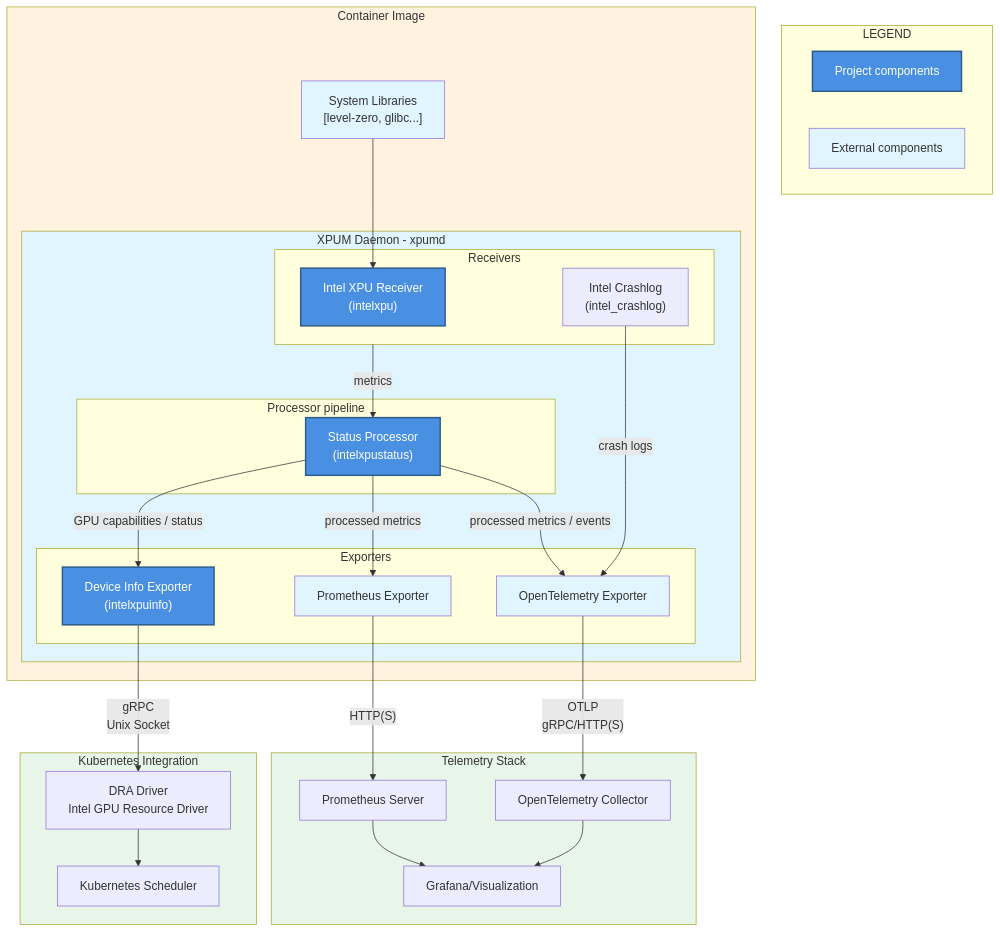
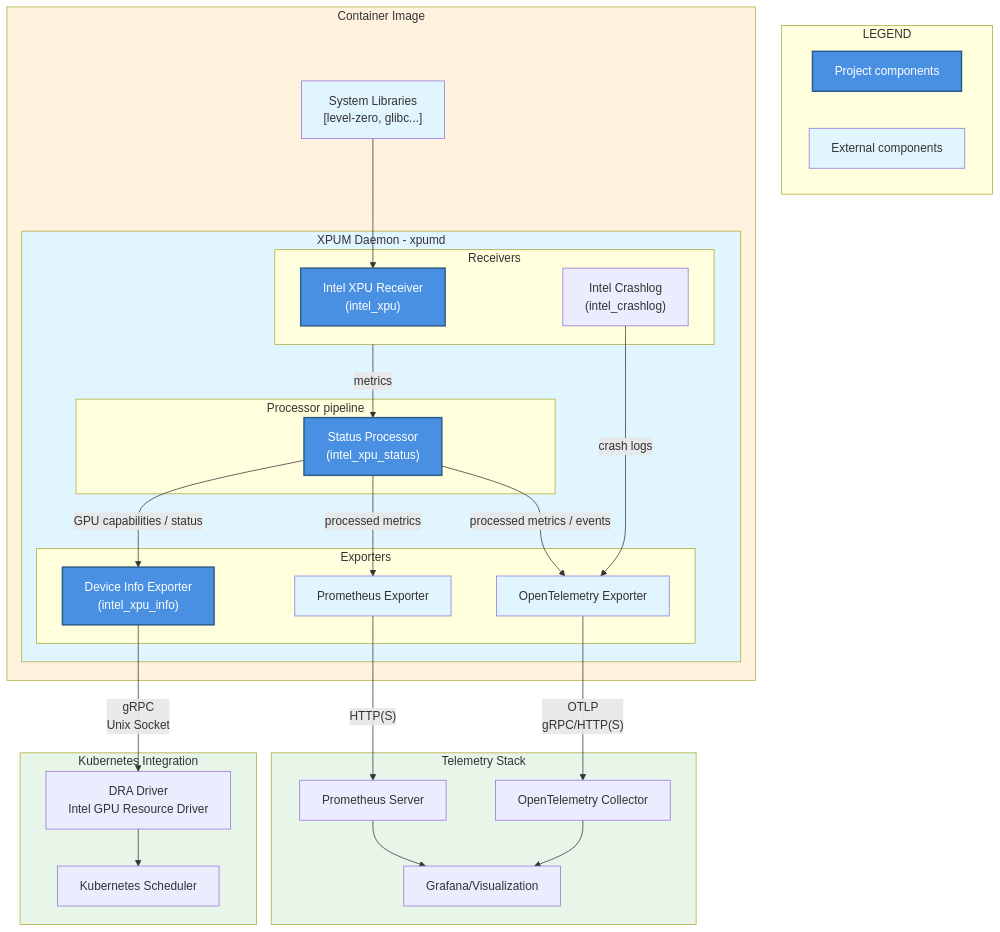
The diagram in xpumd/README.md (intel/xpumanager), drawn with Mermaid before and after one commit. The commit also changed other lines of this file and 24 other files, not shown here.

````diff
--- a/xpumd/README.md
+++ b/xpumd/README.md
@@ -29,72 +29,72 @@
 ```mermaid
 graph TB
     subgraph LEGEND
         LEGEND_PROJECT["Project components"]
         LEGEND_EXTERNAL["External components"]
     end
 
     subgraph CONT["Container Image"]
         SYSTEM_LIBRARIES["System Libraries<br/>[level-zero, glibc...]"]
 
         subgraph XPUMD["XPUM Daemon - xpumd"]
             subgraph RECV["Receivers"]
-                RECV_XPU["Intel XPU Receiver<br/>(intelxpu)"]
+                RECV_XPU["Intel XPU Receiver<br/>(intel_xpu)"]
                 RECV_LOG["Intel Crashlog<br/>(intel_crashlog)"]
             end
 
             subgraph PROC["Processor pipeline"]
-                PROC_XPU["Status Processor<br/>(intelxpustatus)"]
+                PROC_XPU["Status Processor<br/>(intel_xpu_status)"]
                 %% PROC_OTHERS["Standard Processors"] %%
             end
 
             RECV -->|metrics| PROC_XPU
             %% PROC_XPU --> PROC_OTHERS %%
 
             subgraph EXP["Exporters"]
-                EXP_INFO["Device Info Exporter<br/>(intelxpuinfo)"]
+                EXP_INFO["Device Info Exporter<br/>(intel_xpu_info)"]
                 EXP_PROM["Prometheus Exporter"]
                 EXP_OTEL["OpenTelemetry Exporter"]
             end
             %% change PROC_XPU => PROC_OTHERS if other processors added %%
             PROC_XPU -->|processed metrics| EXP_PROM
             PROC_XPU -->|GPU capabilities / status| EXP_INFO
             PROC_XPU -->|processed metrics / events| EXP_OTEL
             RECV_LOG -->|crash logs| EXP_OTEL
         end
     end
 
     subgraph TELEM["Telemetry Stack"]
         PROM["Prometheus Server"]
         OTEL_COL["OpenTelemetry Collector"]
         GRAFANA["Grafana/Visualization"]
     end
 
     subgraph K8S["Kubernetes Integration"]
         DRA["DRA Driver<br/>Intel GPU Resource Driver"]
         SCHEDULER["Kubernetes Scheduler"]
     end
 
     SYSTEM_LIBRARIES --> RECV_XPU
 
     EXP_PROM -->|"HTTP(S)"| PROM
     EXP_OTEL -->|"OTLP<br/>gRPC/HTTP(S)"| OTEL_COL
     PROM --> GRAFANA
     OTEL_COL --> GRAFANA
 
     EXP_INFO -->|"gRPC<br/>Unix Socket"| DRA
     DRA --> SCHEDULER
 
     style LEGEND_PROJECT fill:#4a90e2,stroke:#2e5c8a,stroke-width:2px,color:#fff
     style LEGEND_EXTERNAL fill:#e1f5ff
     style SYSTEM_LIBRARIES fill:#e1f5ff
     style XPUMD fill:#e1f5ff
     %% style PROC_OTHERS fill:#e1f5ff %%
     style EXP_PROM fill:#e1f5ff
     style EXP_OTEL fill:#e1f5ff
     style CONT fill:#fff3e0
     style K8S fill:#e8f5e9
     style TELEM fill:#e8f5e9
     style RECV_XPU fill:#4a90e2,stroke:#2e5c8a,stroke-width:2px,color:#fff
     style PROC_XPU fill:#4a90e2,stroke:#2e5c8a,stroke-width:2px,color:#fff
     style EXP_INFO fill:#4a90e2,stroke:#2e5c8a,stroke-width:2px,color:#fff
 ```
````
